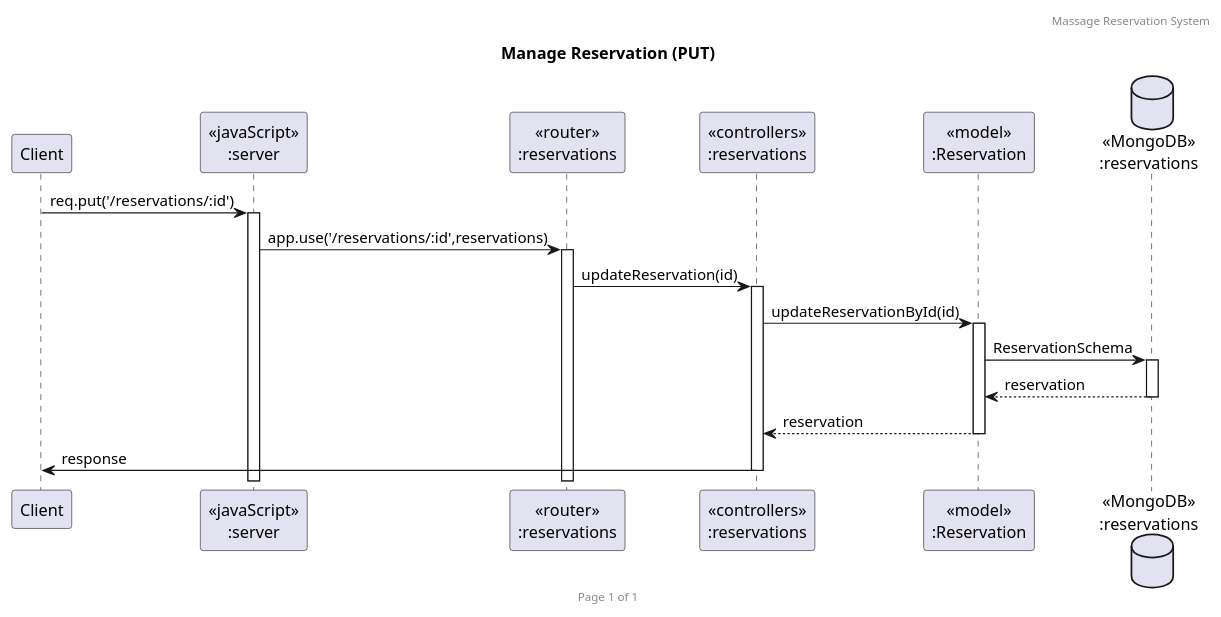
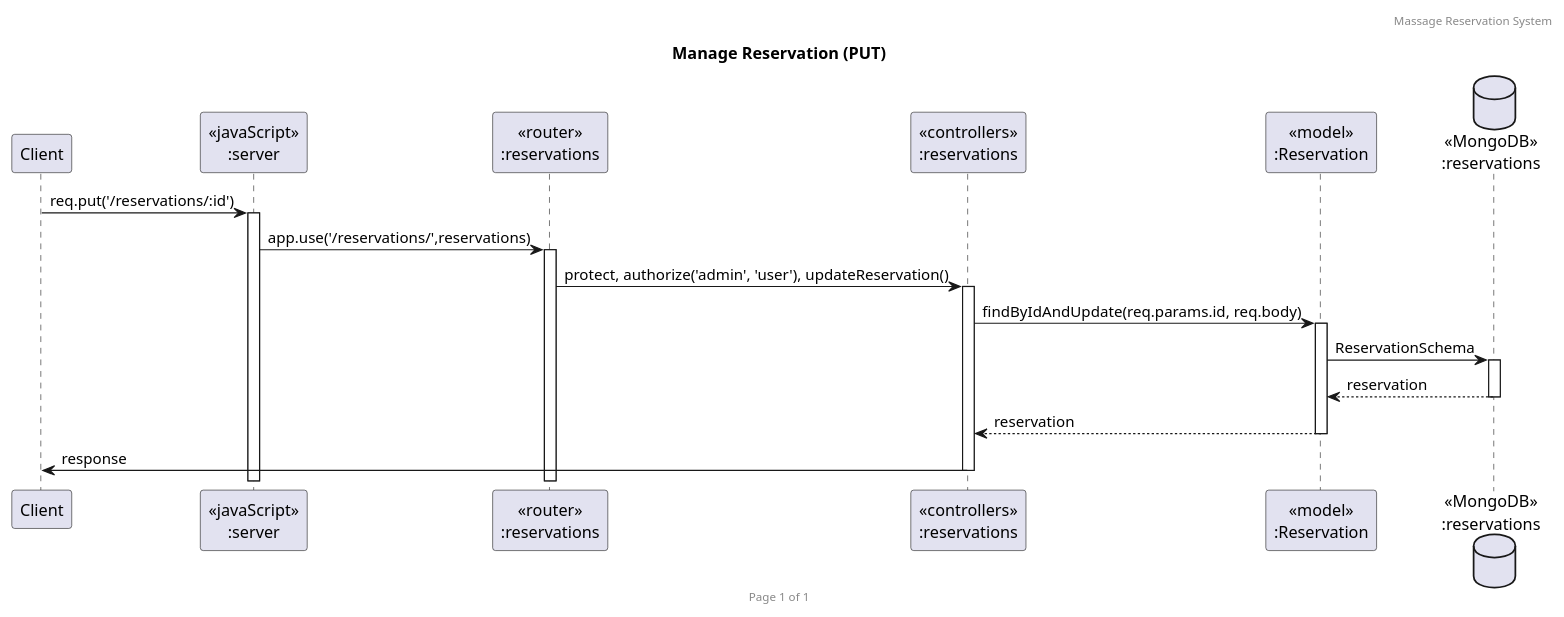
One commit to 2110503TACEDT66/presentation-day-1-kalaeksi-phloeng-rachan changed the diagram in uml/SequenceDiagram/Reservation/put.puml. Above: the diagram before and after it, drawn with PlantUML. The commit also changed 9 other files, not shown here.

Commit message:
fix uml diagram

```diff
--- a/uml/SequenceDiagram/Reservation/put.puml
+++ b/uml/SequenceDiagram/Reservation/put.puml
@@ -1,23 +1,23 @@
 @startuml Manage Reservation (PUT)
 
 header Massage Reservation System
 footer Page %page% of %lastpage%
 title "Manage Reservation (PUT)"
 
 participant "Client" as client
 participant "<<javaScript>>\n:server" as server
 participant "<<router>>\n:reservations" as routerReservations
 participant "<<controllers>>\n:reservations" as controllersReservations
 participant "<<model>>\n:Reservation" as modelReservation
 database "<<MongoDB>>\n:reservations" as ReservationsDatabase
 
 client->server ++:req.put('/reservations/:id')
-server->routerReservations ++:app.use('/reservations/:id',reservations)
-routerReservations -> controllersReservations ++:updateReservation(id)
-controllersReservations->modelReservation ++:updateReservationById(id)
+server->routerReservations ++:app.use('/reservations/',reservations)
+routerReservations -> controllersReservations ++:protect, authorize('admin', 'user'), updateReservation()
+controllersReservations->modelReservation ++:findByIdAndUpdate(req.params.id, req.body)
 modelReservation ->ReservationsDatabase ++: ReservationSchema
 ReservationsDatabase --> modelReservation --: reservation
 controllersReservations <-- modelReservation --:reservation
 controllersReservations->client --:response
 
 @enduml
```
